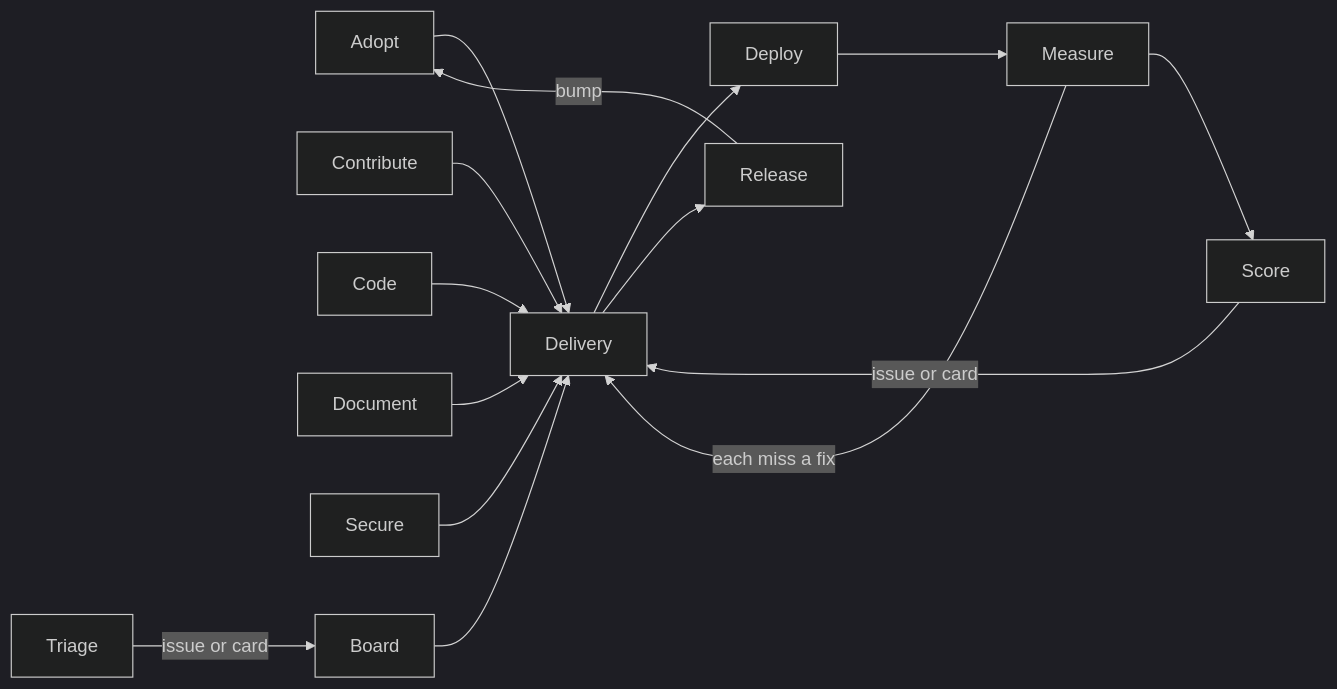
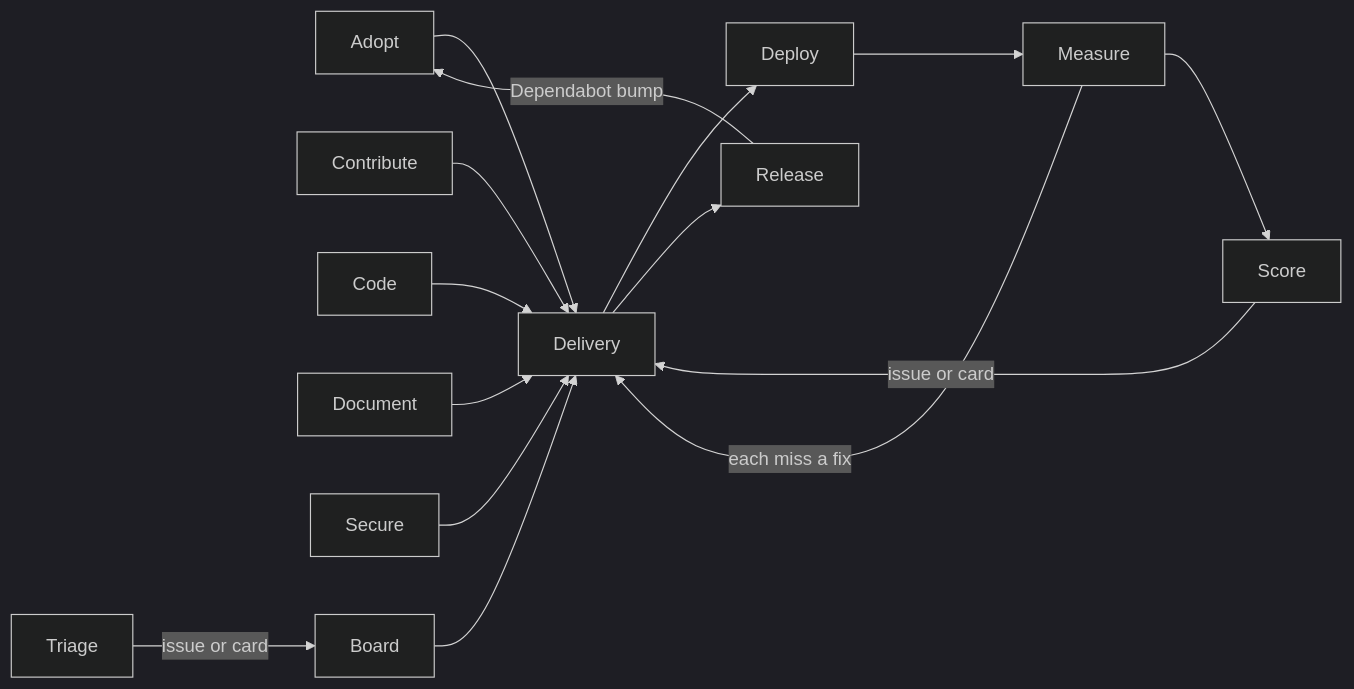
The diagram in README.md (SoulCraft-Org/git-crafter), drawn with Mermaid (dark theme) before and after one commit. The commit also changed other lines of this file, not shown here.

Commit message:
README: restore "Dependabot" and "current", two words that carried meaning

````diff
--- a/README.md
+++ b/README.md
@@ -38,12 +38,12 @@
 ```mermaid
 flowchart LR
   AD[Adopt] --> DL[Delivery] --> DP[Deploy] --> ME[Measure]
-  DL --> RE[Release] -->|bump| AD
+  DL --> RE[Release] -->|Dependabot bump| AD
   ME --> SC[Score] -->|issue or card| DL
   CT[Contribute] --> DL
   CO[Code] --> DL
   DO[Document] --> DL
   SE[Secure] --> DL
   TR[Triage] -->|issue or card| BO[Board] --> DL
   ME -->|each miss a fix| DL
 ```
````
